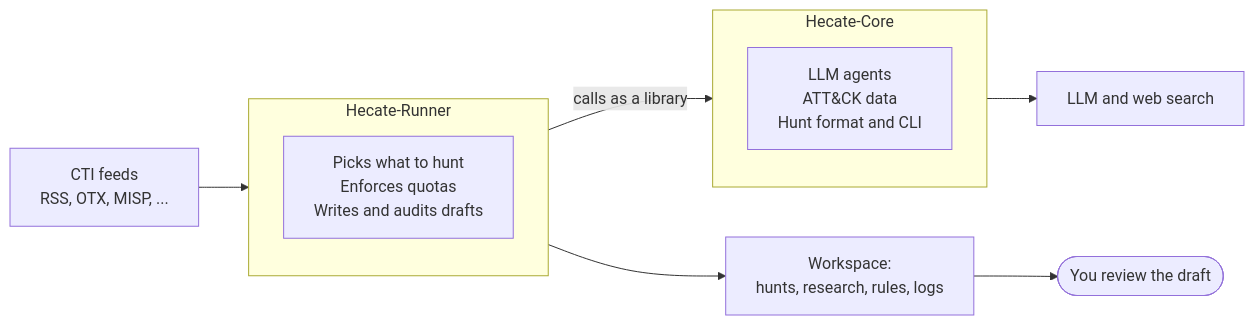
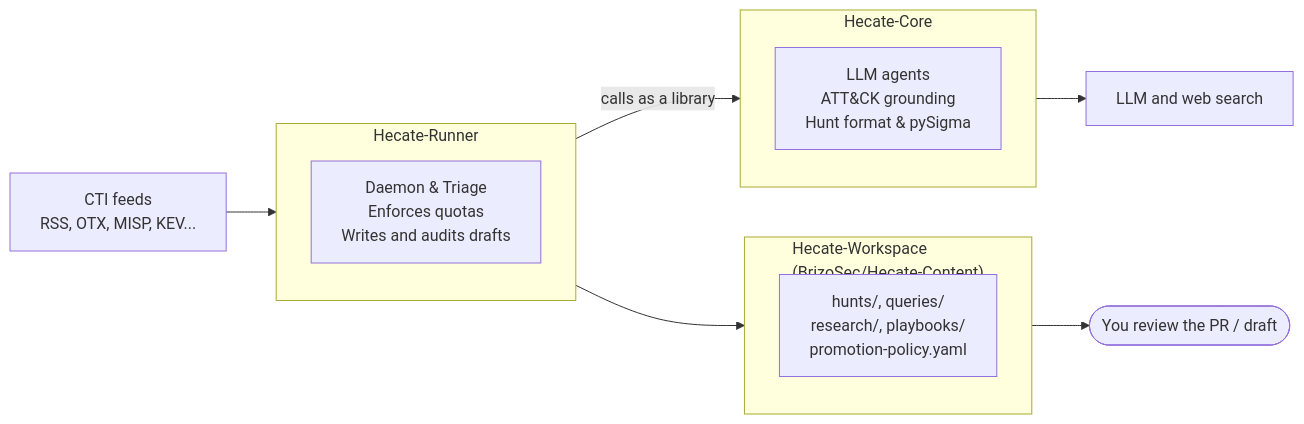
One commit to BrizoSec/Hecate-Core changed the diagram in docs/ONBOARDING.md. Above: the diagram before and after it, drawn with Mermaid. The commit also changed other lines of this file and 5 other files, not shown here.

Commit message:
docs: modernize README and add comprehensive Architecture, Features, Challenges, and How-To guides

````diff
--- a/docs/ONBOARDING.md
+++ b/docs/ONBOARDING.md
@@ -35,14 +35,17 @@
 ```mermaid
 flowchart LR
-    FEEDS["CTI feeds<br/>RSS, OTX, MISP, ..."] --> RUNNER
+    FEEDS["CTI feeds<br/>RSS, OTX, MISP, KEV..."] --> RUNNER
     subgraph RUNNER["Hecate-Runner"]
-        R1["Picks what to hunt<br/>Enforces quotas<br/>Writes and audits drafts"]
+        R1["Daemon & Triage<br/>Enforces quotas<br/>Writes and audits drafts"]
     end
     subgraph CORE["Hecate-Core"]
-        C1["LLM agents<br/>ATT&CK data<br/>Hunt format and CLI"]
+        C1["LLM agents<br/>ATT&CK grounding<br/>Hunt format & pySigma"]
+    end
+    subgraph WS["Hecate-Workspace<br/>(BrizoSec/Hecate-Content)"]
+        W1["hunts/, queries/<br/>research/, playbooks/<br/>promotion-policy.yaml"]
     end
     RUNNER -- "calls as a library" --> CORE
     CORE --> LLM["LLM and web search"]
-    RUNNER --> WS["Workspace:<br/>hunts, research, rules, logs"]
-    WS --> YOU(["You review the draft"])
+    RUNNER --> WS
+    WS --> YOU(["You review the PR / draft"])
 ```
````
